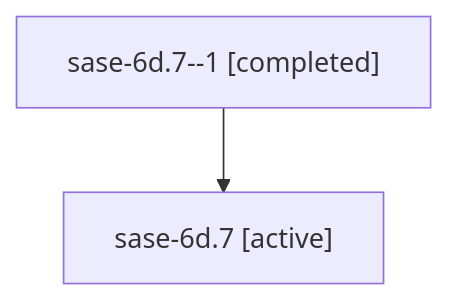
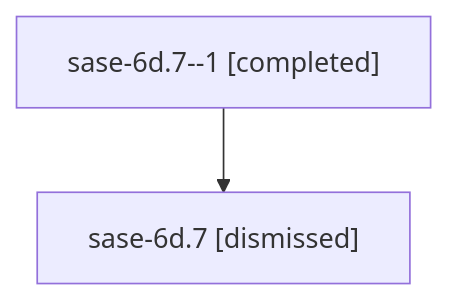
One commit to sase-org/sase--agents changed the diagram in sessions/bbugyi200.athena.sase-6d.7.md. Above: the diagram before and after it, drawn with Mermaid. The commit also changed other lines of this file and 62 other files, not shown here.

````diff
--- a/sessions/bbugyi200.athena.sase-6d.7.md
+++ b/sessions/bbugyi200.athena.sase-6d.7.md
@@ -9,6 +9,6 @@
 ```mermaid
 flowchart TD
   n0["sase-6d.7--1 [completed]"]
-  n1["sase-6d.7 [active]"]
+  n1["sase-6d.7 [dismissed]"]
   n0 --> n1
 ```
````
